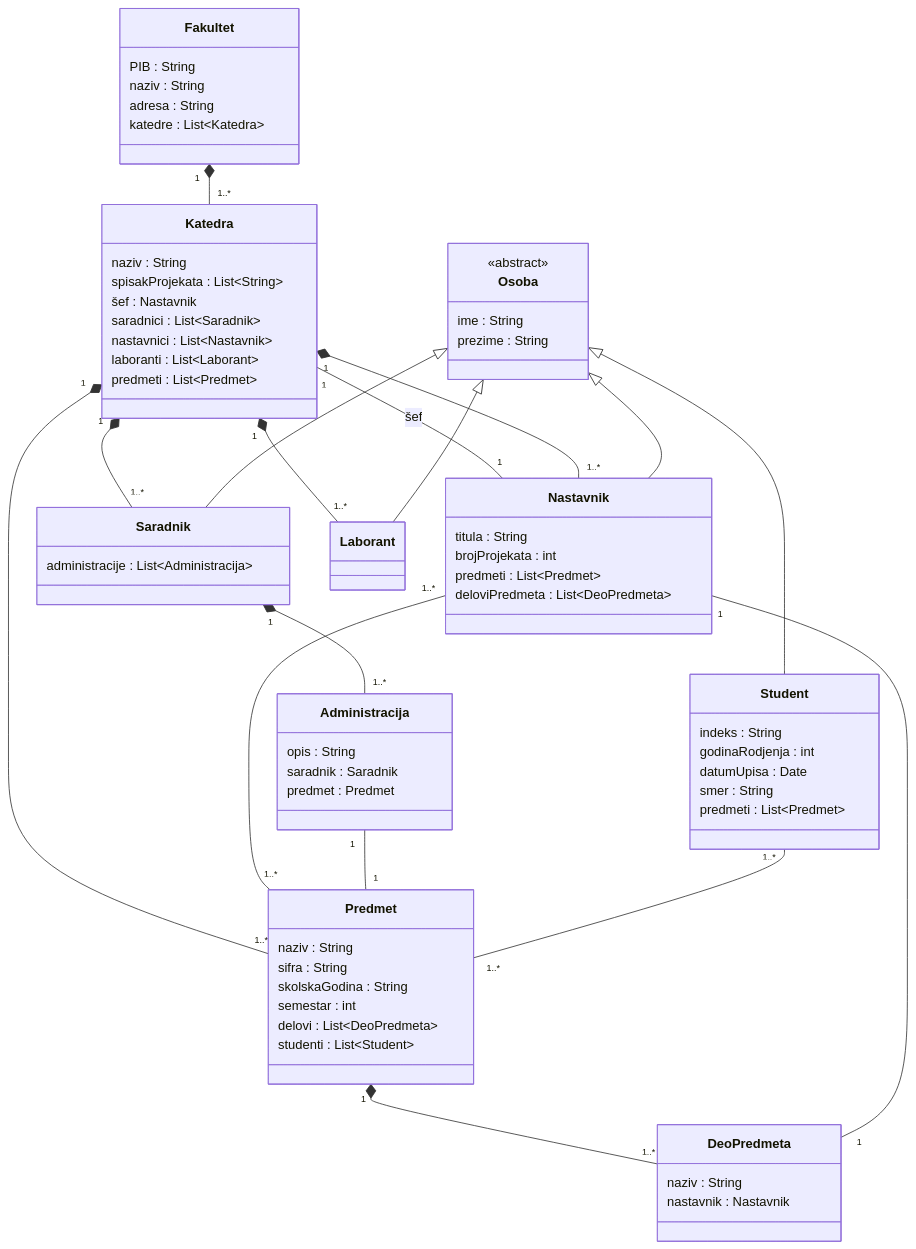
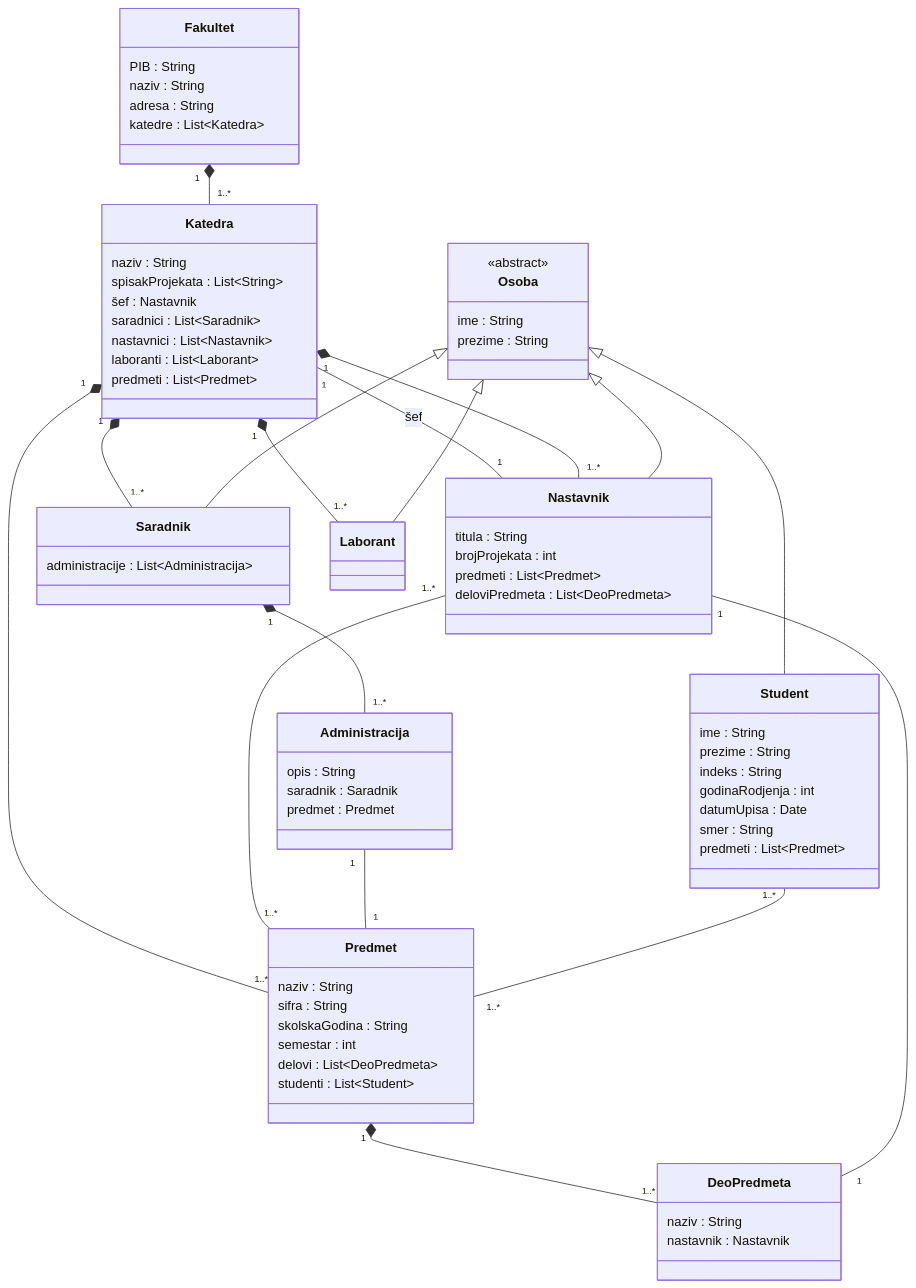
Before and after one commit to lazarevicOgnjen/II-godina: the diagram in oopj/UML/januar-2025.md, drawn with Mermaid.

```diff
--- a/oopj/UML/januar-2025.md
+++ b/oopj/UML/januar-2025.md
@@ -26,6 +26,8 @@
     }
 
     class Student {
+        ime : String
+        prezime : String
         indeks : String
         godinaRodjenja : int
         datumUpisa : Date
```
